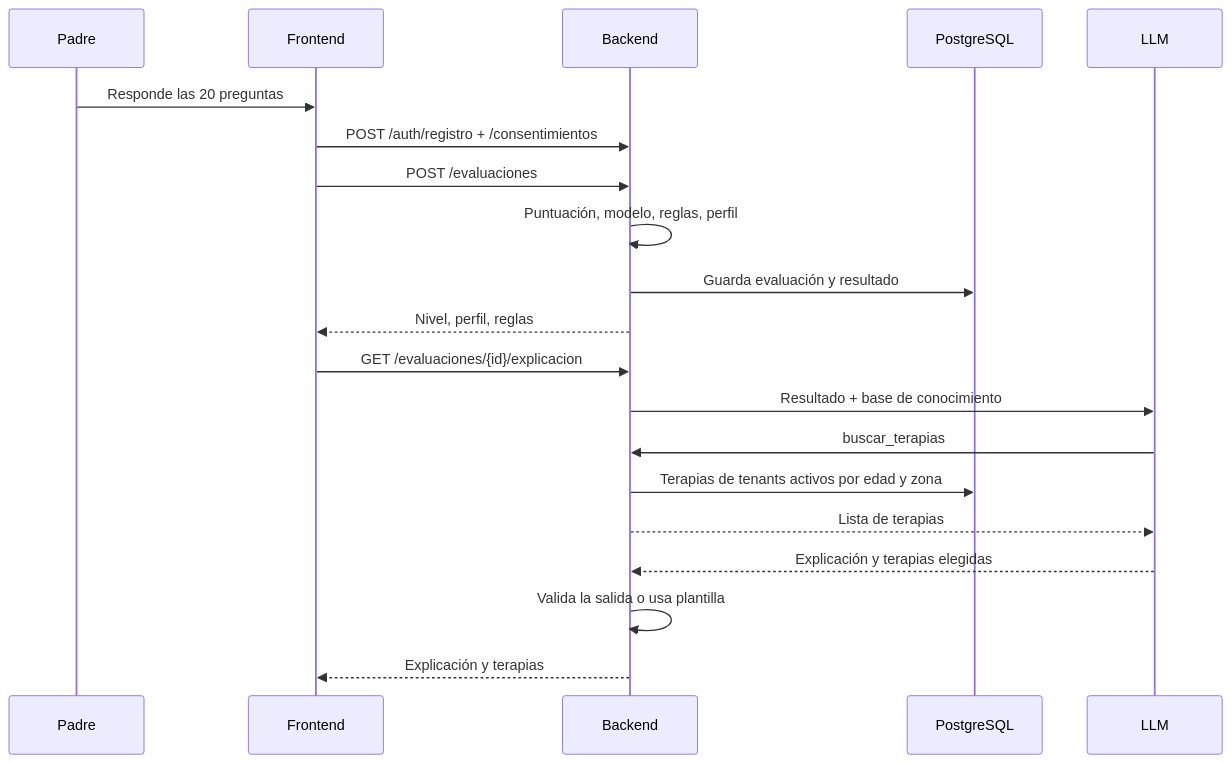
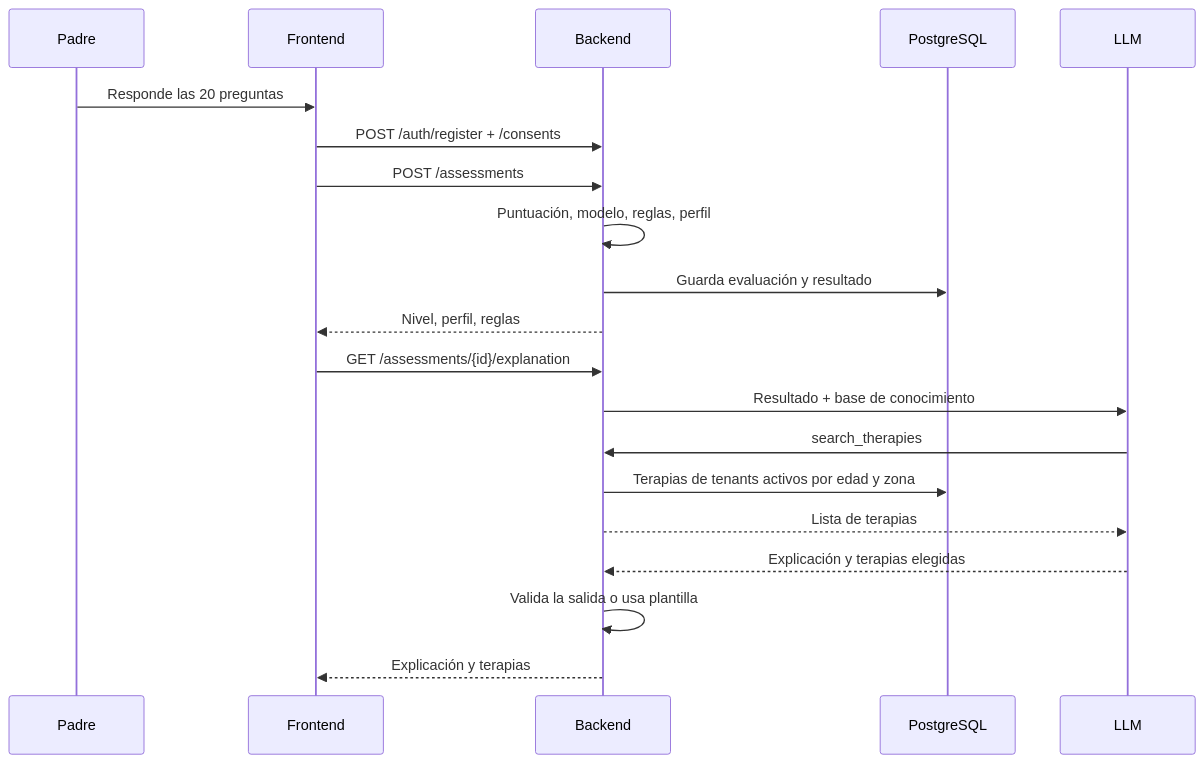
Before and after one commit to ErnestoSCL/neuroa-modelo-tamizaje: the third of 6 diagrams in docs/arquitectura_conecta.md, drawn with Mermaid. The commit also changed other lines of this file and 1 other file, not shown here.

````diff
--- a/docs/arquitectura_conecta.md
+++ b/docs/arquitectura_conecta.md
@@ -320,22 +322,22 @@
 ```mermaid
 sequenceDiagram
     participant Pa as Padre
     participant W as Frontend
     participant A as Backend
     participant DB as PostgreSQL
     participant L as LLM
     Pa->>W: Responde las 20 preguntas
-    W->>A: POST /auth/registro + /consentimientos
-    W->>A: POST /evaluaciones
+    W->>A: POST /auth/register + /consents
+    W->>A: POST /assessments
     A->>A: Puntuación, modelo, reglas, perfil
     A->>DB: Guarda evaluación y resultado
     A-->>W: Nivel, perfil, reglas
-    W->>A: GET /evaluaciones/{id}/explicacion
+    W->>A: GET /assessments/{id}/explanation
     A->>L: Resultado + base de conocimiento
-    L->>A: buscar_terapias
+    L->>A: search_therapies
     A->>DB: Terapias de tenants activos por edad y zona
     A-->>L: Lista de terapias
     L-->>A: Explicación y terapias elegidas
     A->>A: Valida la salida o usa plantilla
     A-->>W: Explicación y terapias
 ```
````
